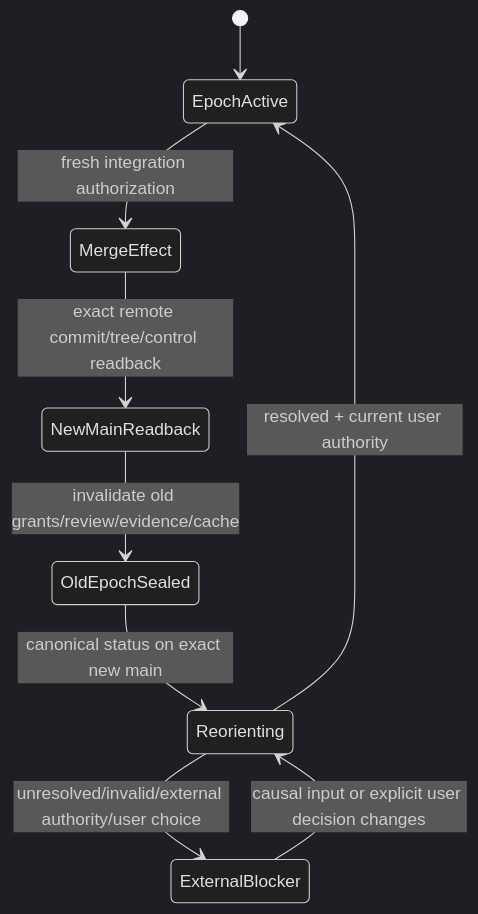
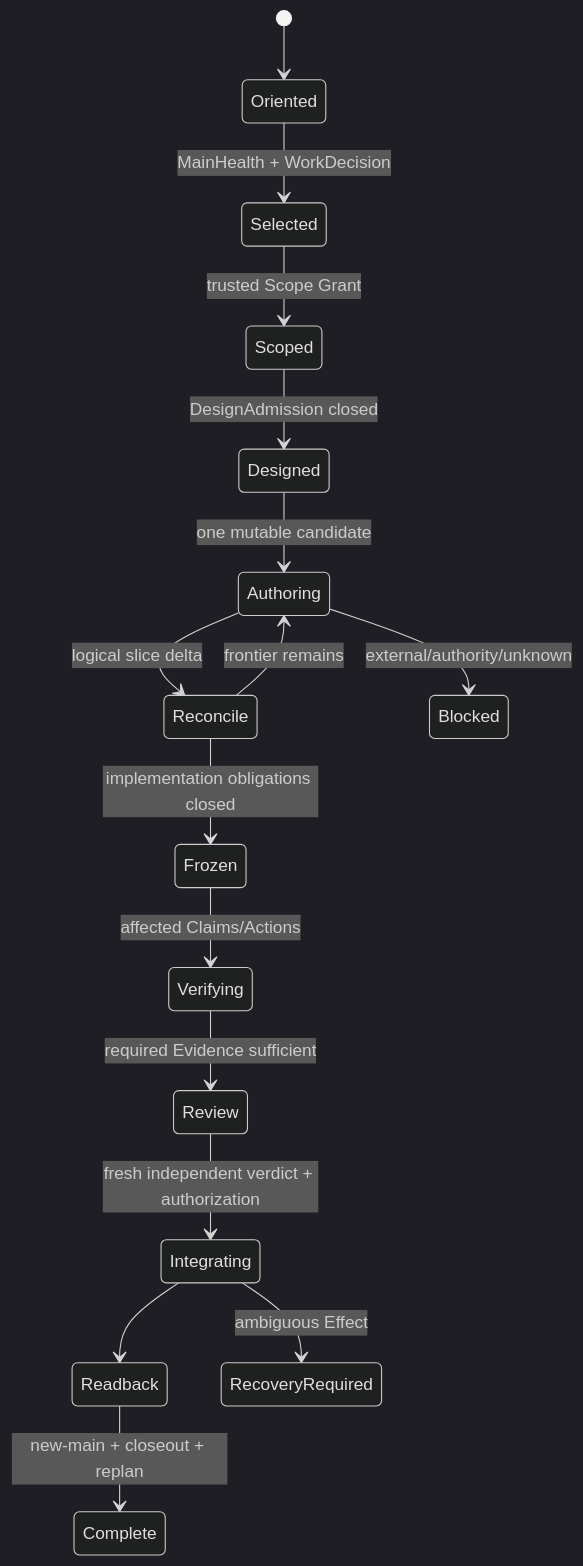
The fourth of 5 diagrams in docs/development-governance.md (sec-platform/sec), drawn with Mermaid (dark theme) before and after one commit. The commit also changed other lines of this file and 14 other files, not shown here.

Commit message:
docs: compile complete system design views

````diff
--- a/docs/development-governance.md
+++ b/docs/development-governance.md
@@ -732,11 +268,18 @@
 ```mermaid
 stateDiagram-v2
-  [*] --> EpochActive
-  EpochActive --> MergeEffect: fresh integration authorization
-  MergeEffect --> NewMainReadback: exact remote commit/tree/control readback
-  NewMainReadback --> OldEpochSealed: invalidate old grants/review/evidence/cache
-  OldEpochSealed --> Reorienting: canonical status on exact new main
-  Reorienting --> EpochActive: resolved + current user authority
-  Reorienting --> ExternalBlocker: unresolved/invalid/external authority/user choice
-  ExternalBlocker --> Reorienting: causal input or explicit user decision changes
+  [*] --> Oriented
+  Oriented --> Selected: MainHealth + WorkDecision
+  Selected --> Scoped: trusted Scope Grant
+  Scoped --> Designed: DesignAdmission closed
+  Designed --> Authoring: one mutable candidate
+  Authoring --> Reconcile: logical slice delta
+  Reconcile --> Authoring: frontier remains
+  Reconcile --> Frozen: implementation obligations closed
+  Frozen --> Verifying: affected Claims/Actions
+  Verifying --> Review: required Evidence sufficient
+  Review --> Integrating: fresh independent verdict + authorization
+  Integrating --> Readback
+  Readback --> Complete: new-main + closeout + replan
+  Authoring --> Blocked: external/authority/unknown
+  Integrating --> RecoveryRequired: ambiguous Effect
 ```
````
